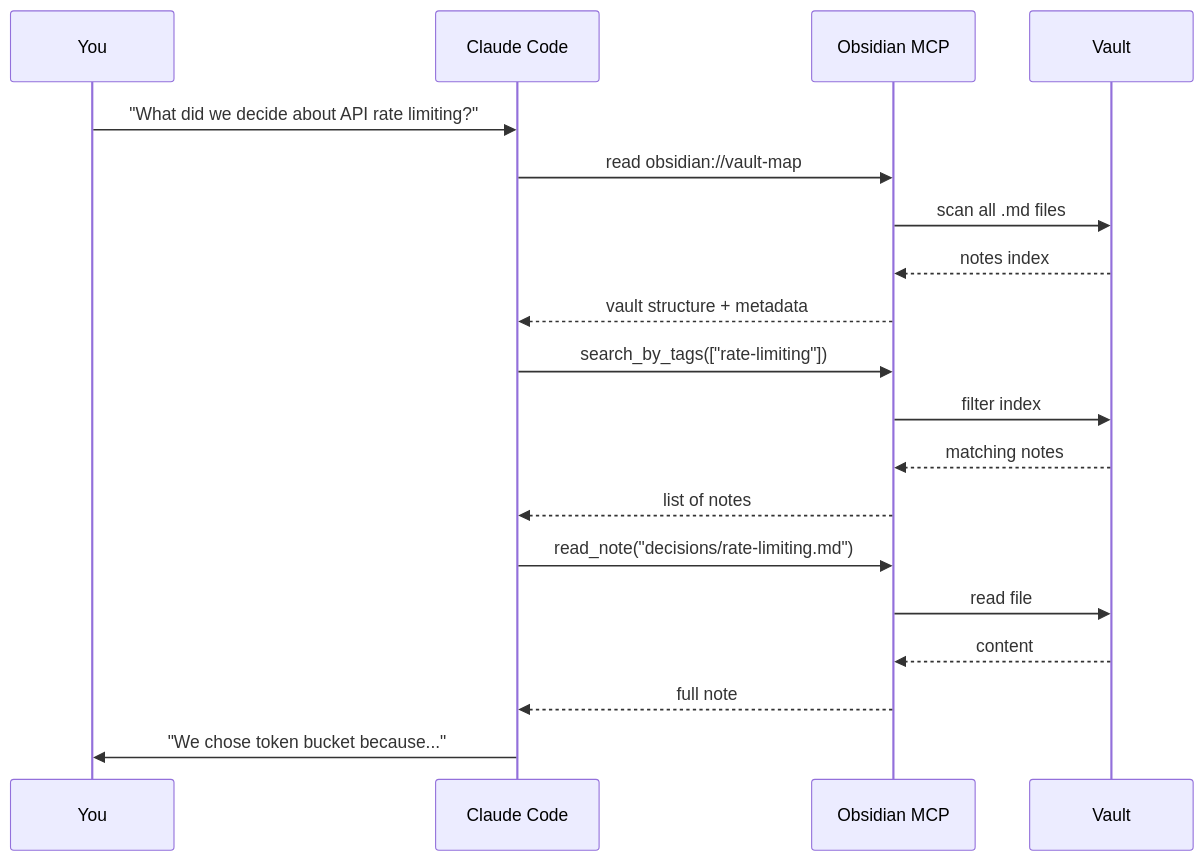
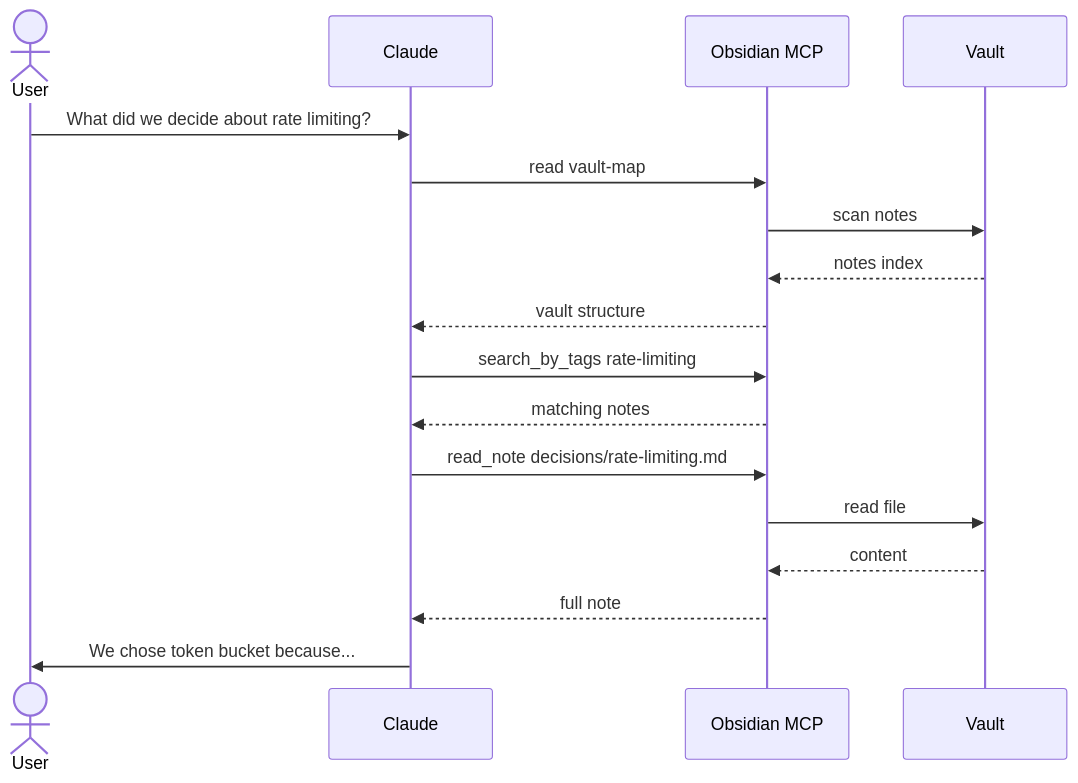
The third of 3 diagrams in README.md (punparin/obsidian-mcp), drawn with Mermaid before and after one commit. The commit also changed other lines of this file, not shown here.

First line of the commit message:
docs: simplify mermaid diagrams for GitHub compatibility

````diff
--- a/README.md
+++ b/README.md
@@ -52,22 +53,20 @@
 ```mermaid
 sequenceDiagram
-    participant U as You
-    participant C as Claude Code
-    participant M as Obsidian MCP
-    participant V as Vault
+    actor User
+    participant Claude
+    participant MCP as Obsidian MCP
+    participant Vault
 
-    U->>C: "What did we decide about API rate limiting?"
-    C->>M: read obsidian://vault-map
-    M->>V: scan all .md files
-    V-->>M: notes index
-    M-->>C: vault structure + metadata
-    C->>M: search_by_tags(["rate-limiting"])
-    M->>V: filter index
-    V-->>M: matching notes
-    M-->>C: list of notes
-    C->>M: read_note("decisions/rate-limiting.md")
-    M->>V: read file
-    V-->>M: content
-    M-->>C: full note
-    C->>U: "We chose token bucket because..."
+    User->>Claude: What did we decide about rate limiting?
+    Claude->>MCP: read vault-map
+    MCP->>Vault: scan notes
+    Vault-->>MCP: notes index
+    MCP-->>Claude: vault structure
+    Claude->>MCP: search_by_tags rate-limiting
+    MCP-->>Claude: matching notes
+    Claude->>MCP: read_note decisions/rate-limiting.md
+    MCP->>Vault: read file
+    Vault-->>MCP: content
+    MCP-->>Claude: full note
+    Claude->>User: We chose token bucket because...
 ```
````
